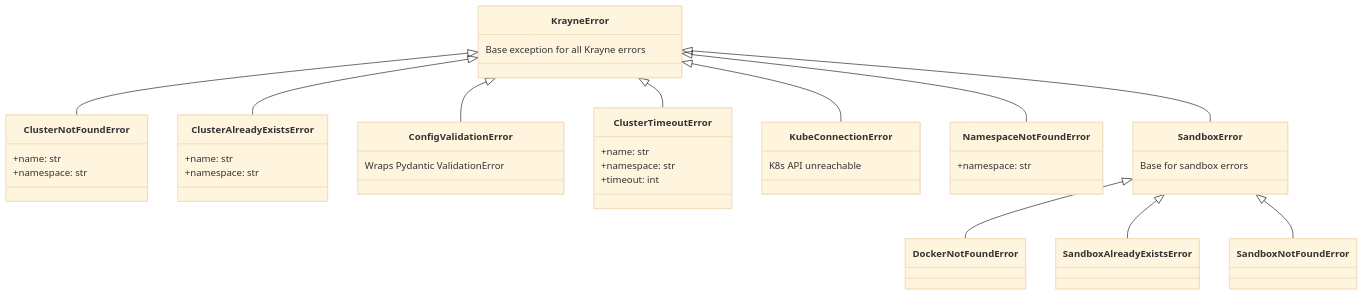
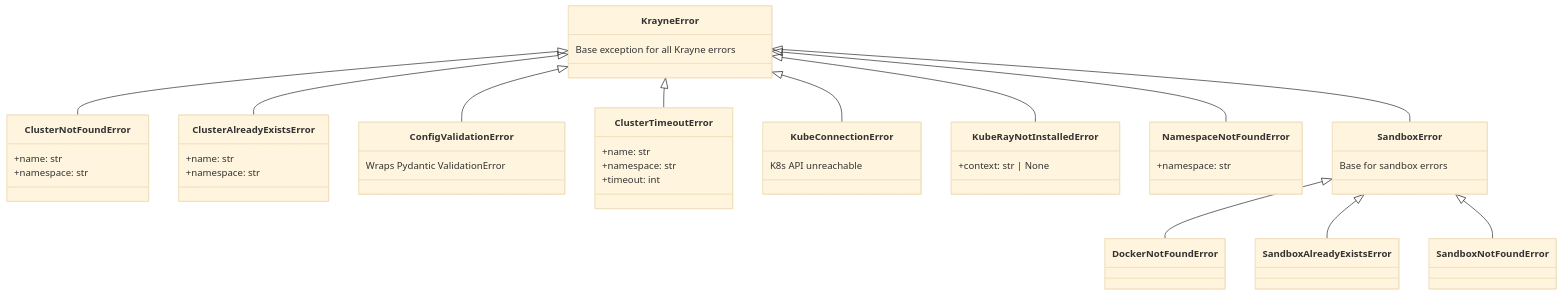
Before and after one commit to roulbac/krayne: the diagram in docs/reference/errors.md, drawn with Mermaid (base theme). The commit also changed other lines of this file and 14 other files, not shown here.

````diff
--- a/docs/reference/errors.md
+++ b/docs/reference/errors.md
@@ -19,45 +24,49 @@
 ```mermaid
 classDiagram
   class KrayneError {
     Base exception for all Krayne errors
   }
   class ClusterNotFoundError {
     +name: str
     +namespace: str
   }
   class ClusterAlreadyExistsError {
     +name: str
     +namespace: str
   }
   class ConfigValidationError {
     Wraps Pydantic ValidationError
   }
   class ClusterTimeoutError {
     +name: str
     +namespace: str
     +timeout: int
   }
   class KubeConnectionError {
     K8s API unreachable
   }
+  class KubeRayNotInstalledError {
+    +context: str | None
+  }
   class NamespaceNotFoundError {
     +namespace: str
   }
   class SandboxError {
     Base for sandbox errors
   }
   class DockerNotFoundError
   class SandboxAlreadyExistsError
   class SandboxNotFoundError
 
   KrayneError <|-- ClusterNotFoundError
   KrayneError <|-- ClusterAlreadyExistsError
   KrayneError <|-- ConfigValidationError
   KrayneError <|-- ClusterTimeoutError
   KrayneError <|-- KubeConnectionError
+  KrayneError <|-- KubeRayNotInstalledError
   KrayneError <|-- NamespaceNotFoundError
   KrayneError <|-- SandboxError
   SandboxError <|-- DockerNotFoundError
   SandboxError <|-- SandboxAlreadyExistsError
   SandboxError <|-- SandboxNotFoundError
 ```
````
